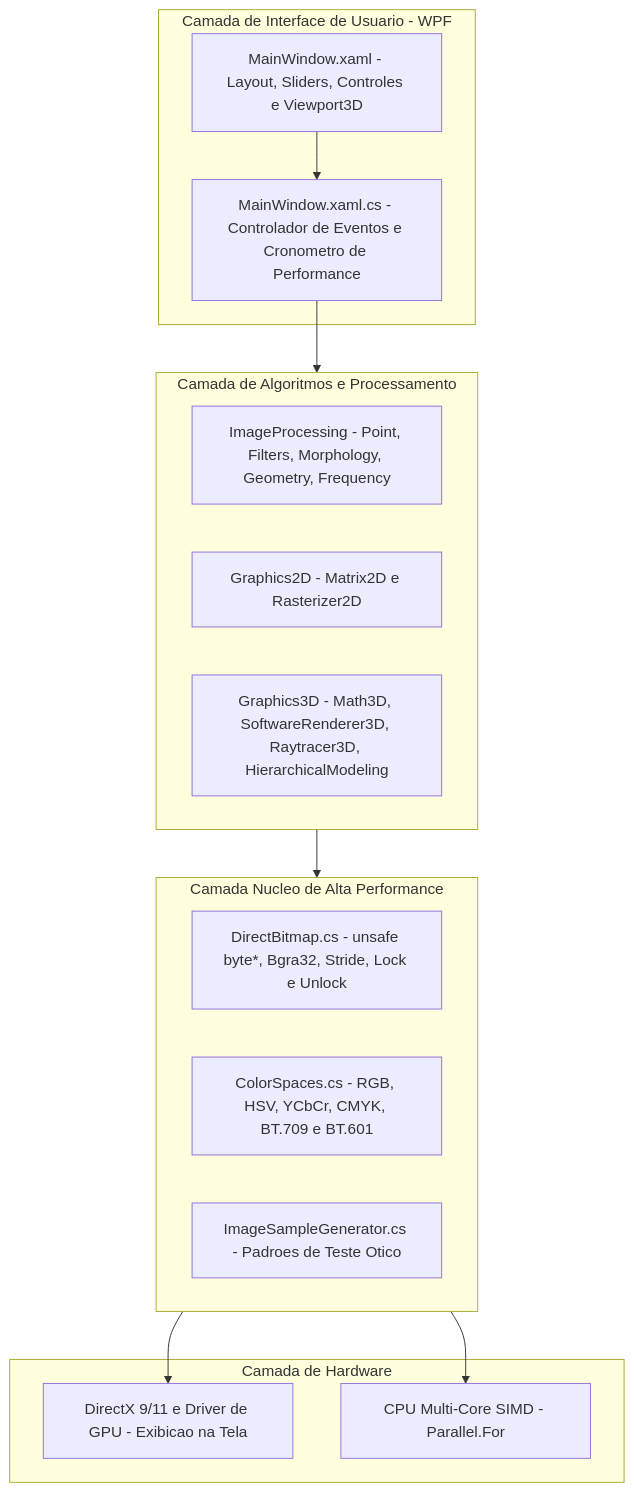
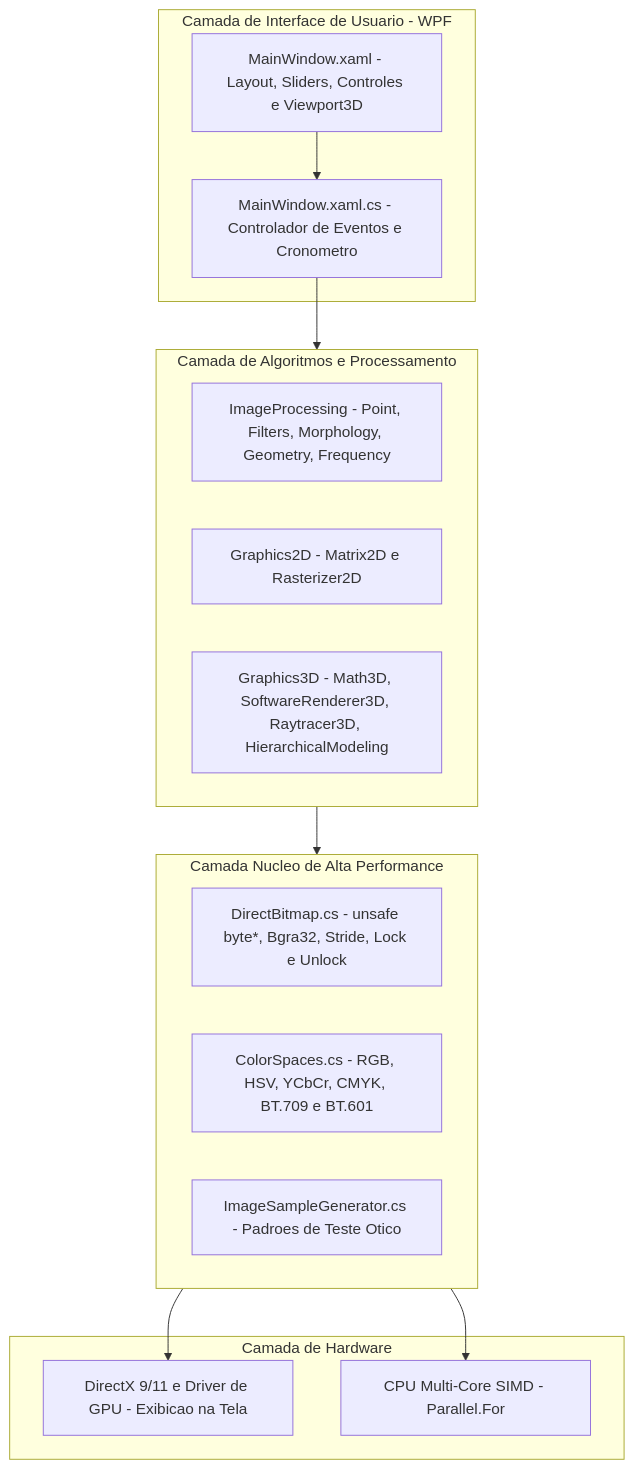
The diagram in docs/src/content/docs/arquitetura/visao-geral.md (Gabriel-Freitas-S/CGPDI.StudyLab), drawn with Mermaid before and after one commit. The commit also changed other lines of this file and 499 other files, not shown here.

````diff
--- a/docs/src/content/docs/arquitetura/visao-geral.md
+++ b/docs/src/content/docs/arquitetura/visao-geral.md
@@ -12,30 +12,30 @@
 ```mermaid
 graph TB
-    subgraph UI_Layer[Camada de Interface de Usuario - WPF]
-        MainWindowXAML[MainWindow.xaml - Layout, Sliders, Controles e Viewport3D]
-        MainWindowCS[MainWindow.xaml.cs - Controlador de Eventos e Cronometro de Performance]
+    subgraph UI_Layer ["Camada de Interface de Usuario - WPF"]
+        MainWindowXAML["MainWindow.xaml - Layout, Sliders, Controles e Viewport3D"]
+        MainWindowCS["MainWindow.xaml.cs - Controlador de Eventos e Cronometro"]
     end
 
-    subgraph Service_Layer[Camada de Algoritmos e Processamento]
-        PDI[ImageProcessing - Point, Filters, Morphology, Geometry, Frequency]
-        G2D[Graphics2D - Matrix2D e Rasterizer2D]
-        G3D[Graphics3D - Math3D, SoftwareRenderer3D, Raytracer3D, HierarchicalModeling]
+    subgraph Service_Layer ["Camada de Algoritmos e Processamento"]
+        PDI["ImageProcessing - Point, Filters, Morphology, Geometry, Frequency"]
+        G2D["Graphics2D - Matrix2D e Rasterizer2D"]
+        G3D["Graphics3D - Math3D, SoftwareRenderer3D, Raytracer3D, HierarchicalModeling"]
     end
 
-    subgraph Core_Layer[Camada Nucleo de Alta Performance]
-        DirectBitmap[DirectBitmap.cs - unsafe byte*, Bgra32, Stride, Lock e Unlock]
-        ColorSpaces[ColorSpaces.cs - RGB, HSV, YCbCr, CMYK, BT.709 e BT.601]
-        SampleGen[ImageSampleGenerator.cs - Padroes de Teste Otico]
+    subgraph Core_Layer ["Camada Nucleo de Alta Performance"]
+        DirectBitmap["DirectBitmap.cs - unsafe byte*, Bgra32, Stride, Lock e Unlock"]
+        ColorSpaces["ColorSpaces.cs - RGB, HSV, YCbCr, CMYK, BT.709 e BT.601"]
+        SampleGen["ImageSampleGenerator.cs - Padroes de Teste Otico"]
     end
 
-    subgraph Hardware_Layer[Camada de Hardware]
-        DirectX[DirectX 9/11 e Driver de GPU - Exibicao na Tela]
-        MultiCore[CPU Multi-Core SIMD - Parallel.For]
+    subgraph Hardware_Layer ["Camada de Hardware"]
+        DirectX["DirectX 9/11 e Driver de GPU - Exibicao na Tela"]
+        MultiCore["CPU Multi-Core SIMD - Parallel.For"]
     end
 
     MainWindowXAML --> MainWindowCS
     MainWindowCS --> Service_Layer
     Service_Layer --> Core_Layer
     Core_Layer --> MultiCore
     Core_Layer --> DirectX
 ```
````
